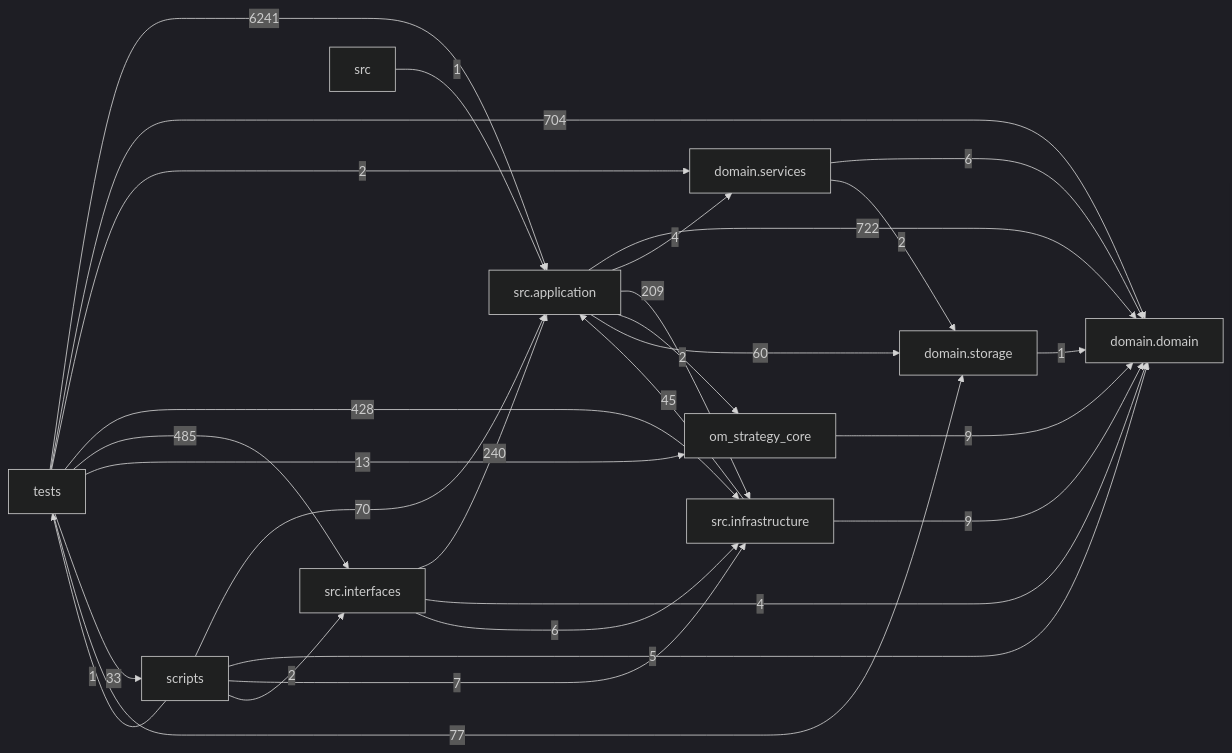
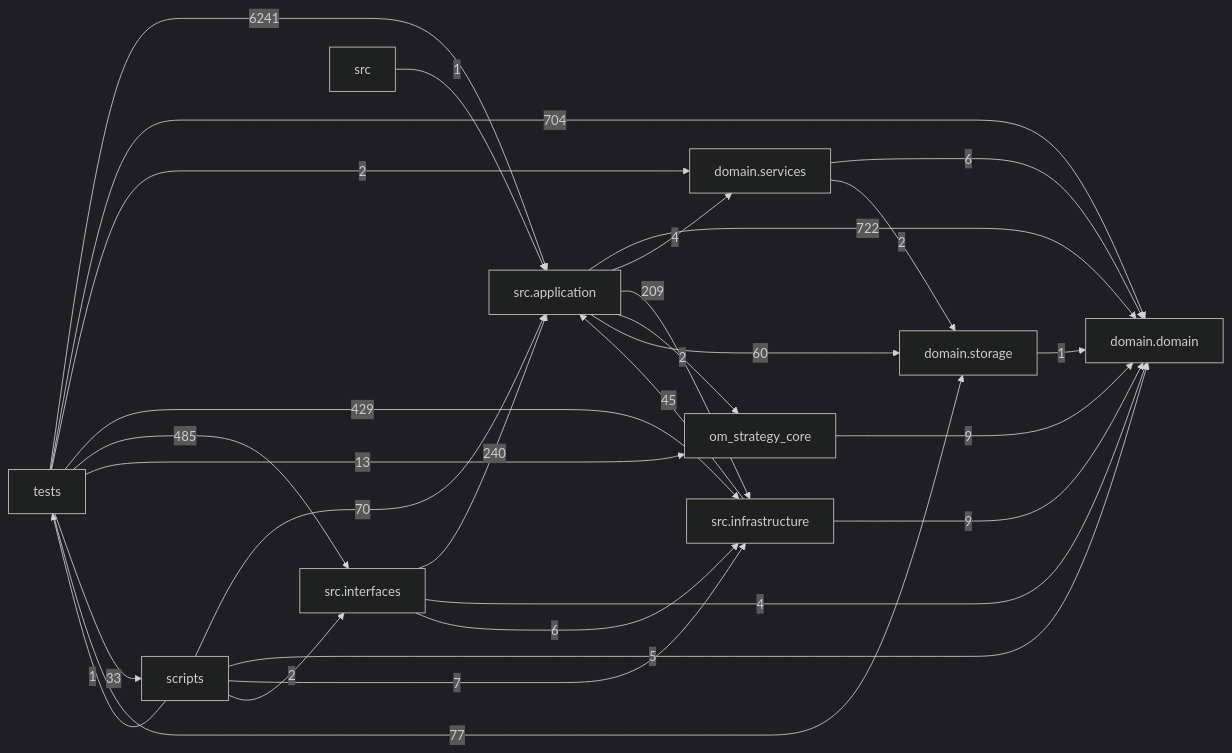
The diagram in docs/DEPENDENCY_GRAPH.md (liuxie066/options-monitor), drawn with Mermaid (dark theme) before and after one commit. The commit also changed other lines of this file and 5 other files, not shown here.

````diff
--- a/docs/DEPENDENCY_GRAPH.md
+++ b/docs/DEPENDENCY_GRAPH.md
@@ -24,39 +24,39 @@
 ```mermaid
 flowchart LR
   tests["tests"]
   scripts["scripts"]
   interfaces["src.interfaces"]
   application["src.application"]
   infrastructure["src.infrastructure"]
   domain_services["domain.services"]
   domain["domain.domain"]
   storage["domain.storage"]
   application -->|722| domain
   application -->|4| domain_services
   application -->|209| infrastructure
   application -->|2| om_strategy_core
   application -->|60| storage
   domain_services -->|6| domain
   domain_services -->|2| storage
   infrastructure -->|45| application
   infrastructure -->|9| domain
   interfaces -->|240| application
   interfaces -->|4| domain
   interfaces -->|6| infrastructure
   om_strategy_core -->|9| domain
   scripts -->|70| application
   scripts -->|5| domain
   scripts -->|7| infrastructure
   scripts -->|2| interfaces
   scripts -->|1| tests
   src -->|1| application
   storage -->|1| domain
   tests -->|6241| application
   tests -->|704| domain
   tests -->|2| domain_services
-  tests -->|428| infrastructure
+  tests -->|429| infrastructure
   tests -->|485| interfaces
   tests -->|13| om_strategy_core
   tests -->|33| scripts
   tests -->|77| storage
 ```
````
